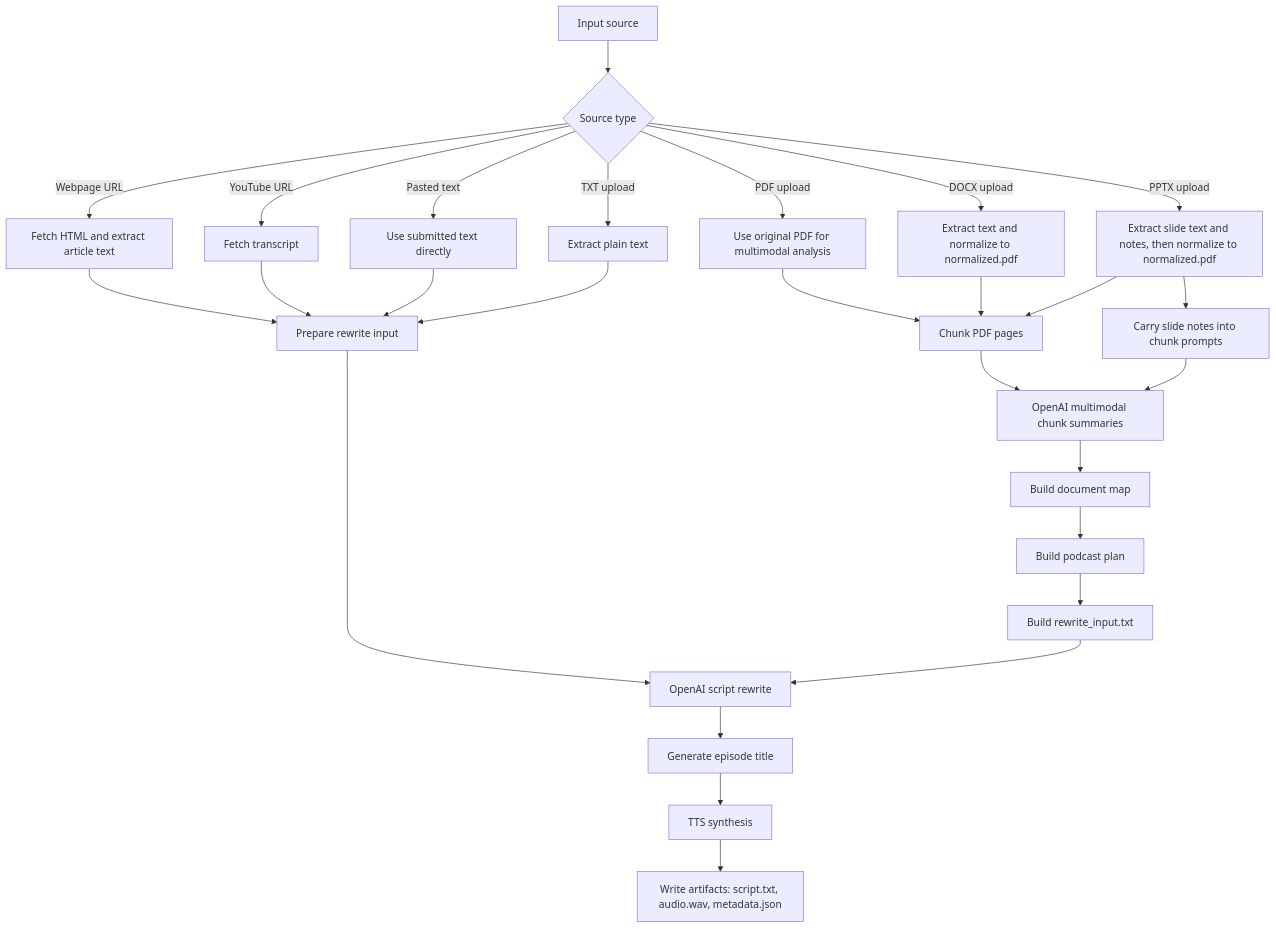
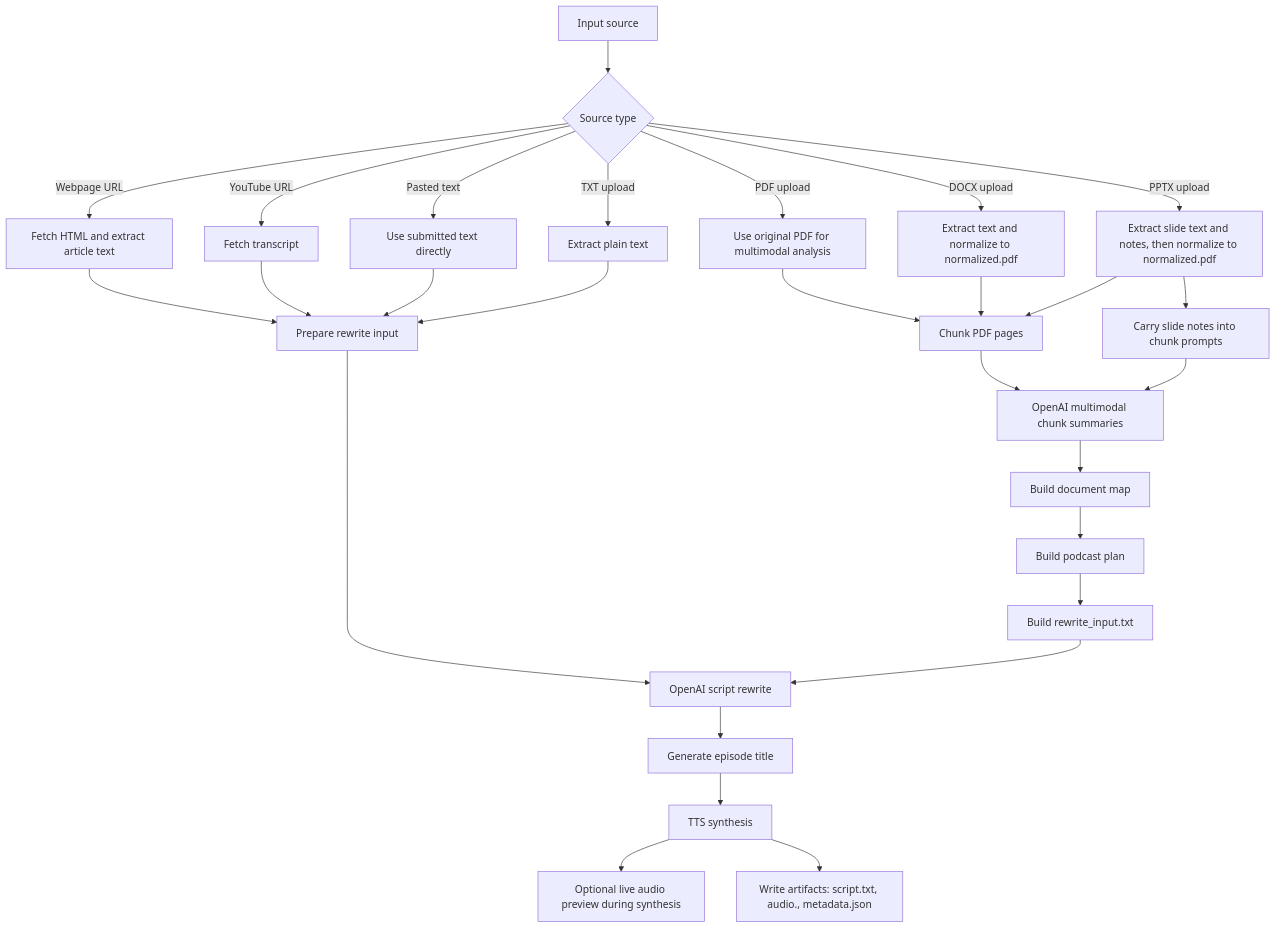
One commit to HusamMTU/PodcastAnything-Local changed the diagram in README.md. Above: the diagram before and after it, drawn with Mermaid. The commit also changed other lines of this file and 14 other files, not shown here.

Commit message:
Add live audio preview support

````diff
--- a/README.md
+++ b/README.md
@@ -60,35 +63,36 @@
 ```mermaid
 flowchart TD
     A[Input source] --> B{Source type}
 
     B -->|Webpage URL| C[Fetch HTML and extract article text]
     B -->|YouTube URL| D[Fetch transcript]
     B -->|Pasted text| E[Use submitted text directly]
     B -->|TXT upload| F[Extract plain text]
     B -->|PDF upload| G[Use original PDF for multimodal analysis]
     B -->|DOCX upload| H[Extract text and normalize to normalized.pdf]
     B -->|PPTX upload| I[Extract slide text and notes, then normalize to normalized.pdf]
 
     C --> J[Prepare rewrite input]
     D --> J
     E --> J
     F --> J
 
     G --> K[Chunk PDF pages]
     H --> K
     I --> L[Carry slide notes into chunk prompts]
     I --> K
 
     K --> M[OpenAI multimodal chunk summaries]
     L --> M
     M --> N[Build document map]
     N --> O[Build podcast plan]
     O --> P[Build rewrite_input.txt]
 
     J --> Q[OpenAI script rewrite]
     P --> Q
 
     Q --> R[Generate episode title]
     R --> S[TTS synthesis]
-    S --> T[Write artifacts: script.txt, audio.wav, metadata.json]
+    S --> U[Optional live audio preview during synthesis]
+    S --> T[Write artifacts: script.txt, audio.<ext>, metadata.json]
 ```
````
